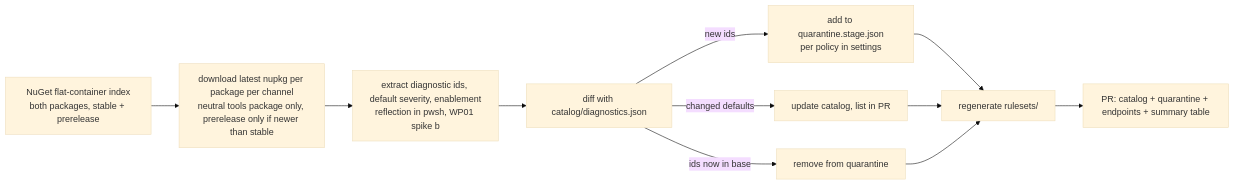
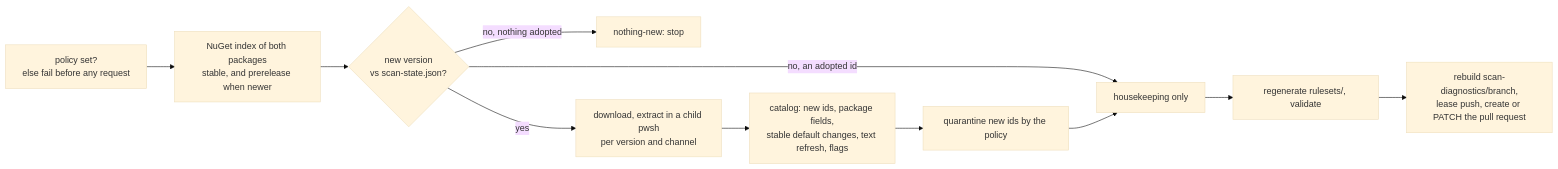
Before and after one commit to ALCops/rulebook-engine: the fifth of 6 diagrams in docs/ARCHITECTURE.md, drawn with Mermaid (base theme). The commit also changed other lines of this file and 68 other files, not shown here.

````diff
--- a/docs/ARCHITECTURE.md
+++ b/docs/ARCHITECTURE.md
@@ -412,11 +426,13 @@
 ```mermaid
 flowchart LR
-    idx[NuGet flat-container index<br/>both packages, stable + prerelease] --> dl[download latest nupkg per package per channel<br/>neutral tools package only, prerelease only if newer than stable]
-    dl --> ex[extract diagnostic ids, default severity, enablement<br/>reflection in pwsh, WP01 spike b]
-    ex --> diff[diff with catalog/diagnostics.json]
-    diff -->|new ids| q[add to quarantine.stage.json<br/>per policy in settings]
-    diff -->|changed defaults| dd[update catalog, list in PR]
-    diff -->|ids now in base| hk[remove from quarantine]
-    q & dd & hk --> gen[regenerate rulesets/]
-    gen --> pr[PR: catalog + quarantine + endpoints + summary table]
+    pol[policy set?<br/>else fail before any request] --> idx[NuGet index of both packages<br/>stable, and prerelease when newer]
+    idx --> st{new version<br/>vs scan-state.json?}
+    st -->|no, nothing adopted| stop[nothing-new: stop]
+    st -->|no, an adopted id| hk[housekeeping only]
+    st -->|yes| ex[download, extract in a child pwsh<br/>per version and channel]
+    ex --> cat[catalog: new ids, package fields,<br/>stable default changes, text refresh, flags]
+    cat --> q[quarantine new ids by the policy]
+    q --> hk
+    hk --> gen[regenerate rulesets/, validate]
+    gen --> pr[rebuild scan-diagnostics/branch,<br/>lease push, create or PATCH the pull request]
 ```
````
